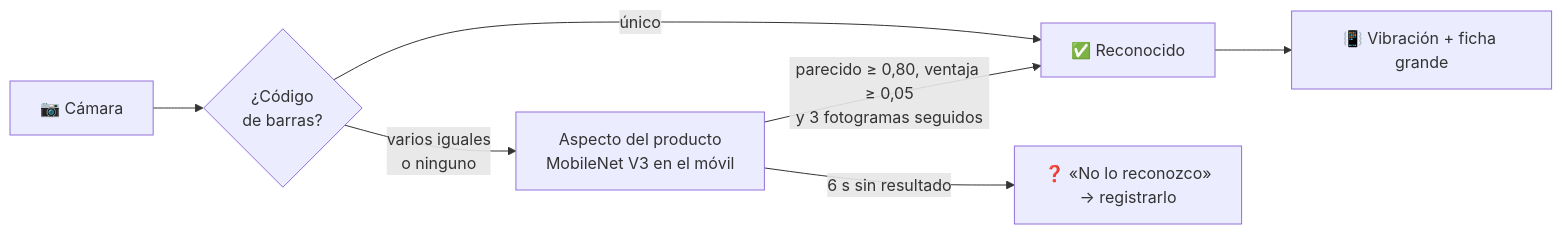
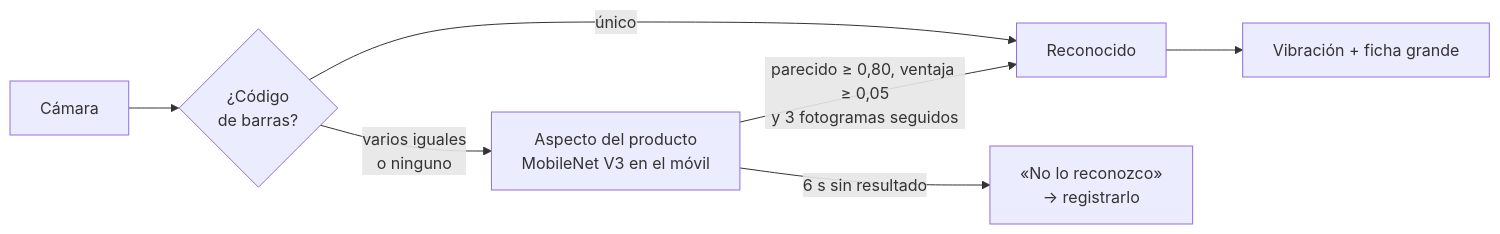
The diagram in README.md (achojosan/mis-compras-android), drawn with Mermaid before and after one commit. The commit also changed other lines of this file, not shown here.

Commit message:
docs: README sin emojis

````diff
--- a/README.md
+++ b/README.md
@@ -46,9 +46,9 @@
 ```mermaid
 flowchart LR
-    C[📷 Cámara] --> B{¿Código<br/>de barras?}
+    C[Cámara] --> B{¿Código<br/>de barras?}
     B -->|único| R
     B -->|varios iguales<br/>o ninguno| V[Aspecto del producto<br/>MobileNet V3 en el móvil]
-    V -->|parecido ≥ 0,80, ventaja ≥ 0,05<br/>y 3 fotogramas seguidos| R[✅ Reconocido]
-    V -->|6 s sin resultado| N[❓ «No lo reconozco»<br/>→ registrarlo]
-    R --> H[📳 Vibración + ficha grande]
+    V -->|parecido ≥ 0,80, ventaja ≥ 0,05<br/>y 3 fotogramas seguidos| R[Reconocido]
+    V -->|6 s sin resultado| N[«No lo reconozco»<br/>→ registrarlo]
+    R --> H[Vibración + ficha grande]
 ```
````
